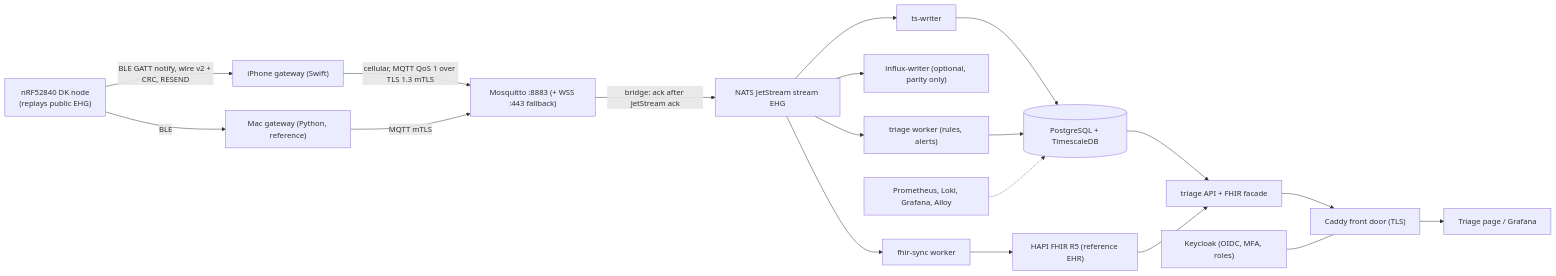
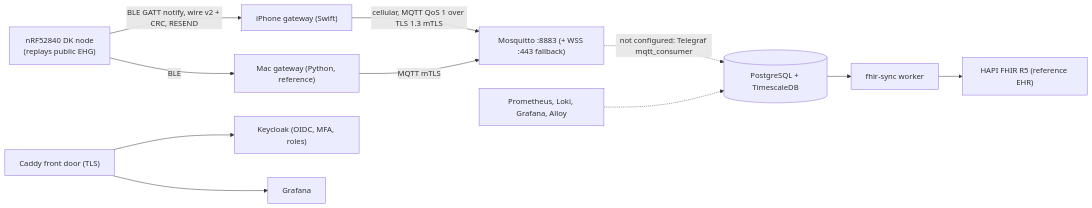
One commit to bpetselis01/ehg_embedded changed the first of 3 diagrams in docs/production-topology.md. Above: the diagram before and after it, drawn with Mermaid. The commit also changed other lines of this file and 112 other files, not shown here.

````diff
--- a/docs/production-topology.md
+++ b/docs/production-topology.md
@@ -16,18 +18,12 @@
 ```mermaid
 flowchart LR
   node["nRF52840 DK node<br/>(replays public EHG)"] -->|"BLE GATT notify, wire v2 + CRC, RESEND"| ios["iPhone gateway (Swift)"]
   node -->|"BLE"| mac["Mac gateway (Python, reference)"]
   ios -->|"cellular, MQTT QoS 1 over TLS 1.3 mTLS"| mq["Mosquitto :8883 (+ WSS :443 fallback)"]
   mac -->|"MQTT mTLS"| mq
-  mq -->|"bridge: ack after JetStream ack"| nats["NATS JetStream stream EHG"]
-  nats --> tsw["ts-writer"] --> pg[("PostgreSQL + TimescaleDB")]
-  nats --> infw["influx-writer (optional, parity only)"]
-  nats --> tri["triage worker (rules, alerts)"] --> pg
-  nats --> fhs["fhir-sync worker"] --> hapi["HAPI FHIR R5 (reference EHR)"]
-  pg --> api["triage API + FHIR facade"]
-  hapi --> api
-  api --> caddy["Caddy front door (TLS)"]
-  kc["Keycloak (OIDC, MFA, roles)"] --- caddy
-  caddy --> ui["Triage page / Grafana"]
+  mq -.->|"not configured: Telegraf mqtt_consumer"| pg[("PostgreSQL + TimescaleDB")]
+  pg --> fhs["fhir-sync worker"] --> hapi["HAPI FHIR R5 (reference EHR)"]
+  caddy["Caddy front door (TLS)"] --> kc["Keycloak (OIDC, MFA, roles)"]
+  caddy --> ui["Grafana"]
   obs["Prometheus, Loki, Grafana, Alloy"] -.-> pg
 ```
````
